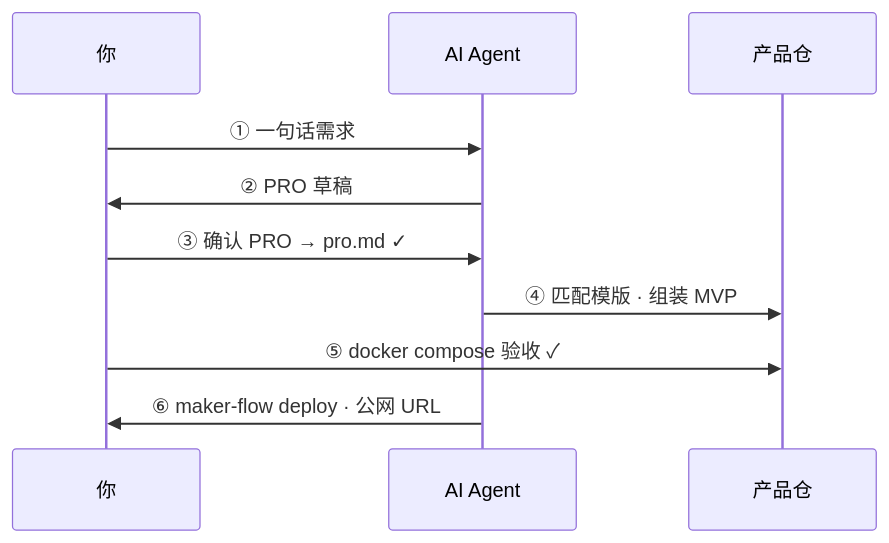
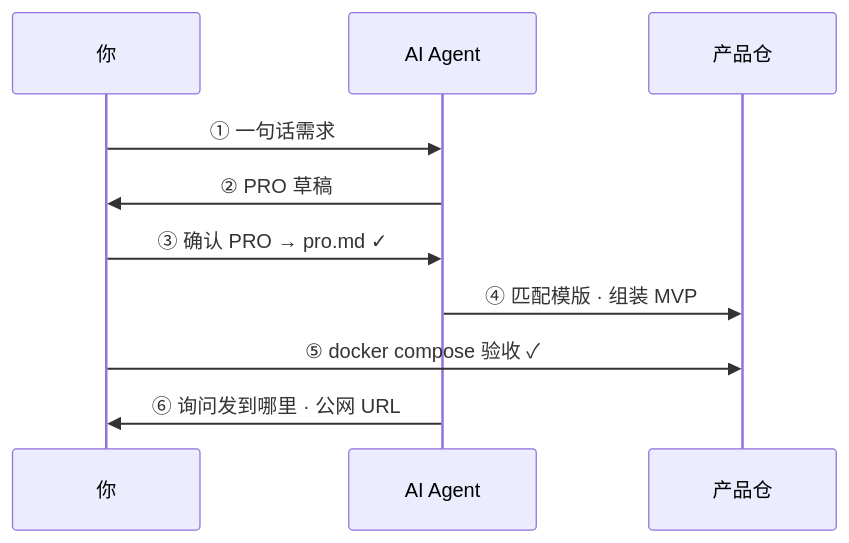
One commit to LJTian/maker-flow changed the diagram in docs/getting-started.zh-CN.md. Above: the diagram before and after it, drawn with Mermaid. The commit also changed other lines of this file and 40 other files, not shown here.

````diff
--- a/docs/getting-started.zh-CN.md
+++ b/docs/getting-started.zh-CN.md
@@ -29,13 +29,13 @@
 ```mermaid
 sequenceDiagram
     participant U as 你
     participant A as AI Agent
     participant P as 产品仓
 
     U->>A: ① 一句话需求
     A->>U: ② PRO 草稿
     U->>A: ③ 确认 PRO → pro.md ✓
     A->>P: ④ 匹配模版 · 组装 MVP
     U->>P: ⑤ docker compose 验收 ✓
-    A->>U: ⑥ maker-flow deploy · 公网 URL
+    A->>U: ⑥ 询问发到哪里 · 公网 URL
 ```
````
